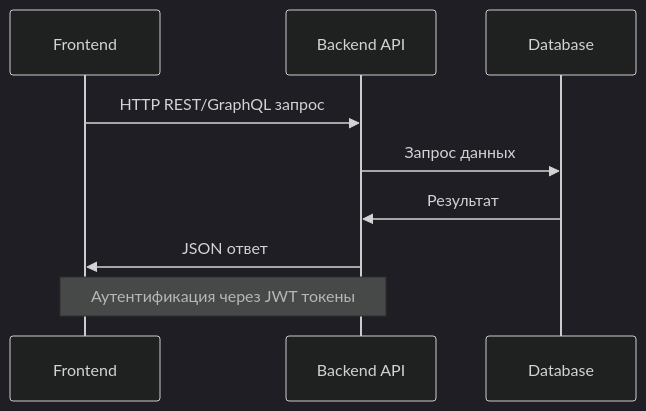
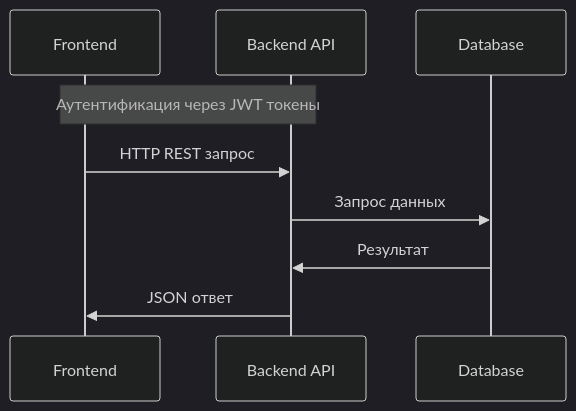
The first of 6 diagrams in design/architecture.md (lead-exchange/docs), drawn with Mermaid (dark theme) before and after one commit. The commit also changed other lines of this file and 1 other file, not shown here.

Commit message:
fix(architecture): внесла правки согласно тредам и обсуждениям на синке

````diff
--- a/design/architecture.md
+++ b/design/architecture.md
@@ -71,13 +72,12 @@
 ```mermaid
 sequenceDiagram
     participant F as Frontend
     participant API as Backend API
     participant DB as Database
-    
-    F->>API: HTTP REST/GraphQL запрос
+
+    Note over F,API: Аутентификация через JWT токены
+    F->>API: HTTP REST запрос
     API->>DB: Запрос данных
     DB->>API: Результат
     API->>F: JSON ответ
-    
-    Note over F,API: Аутентификация через JWT токены
 ```
````
